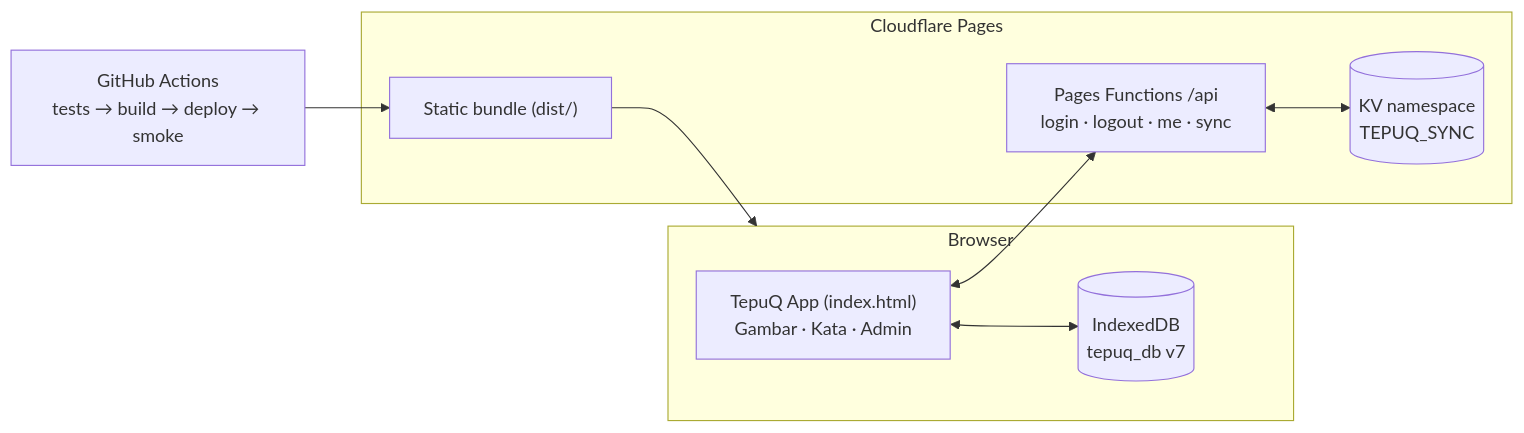
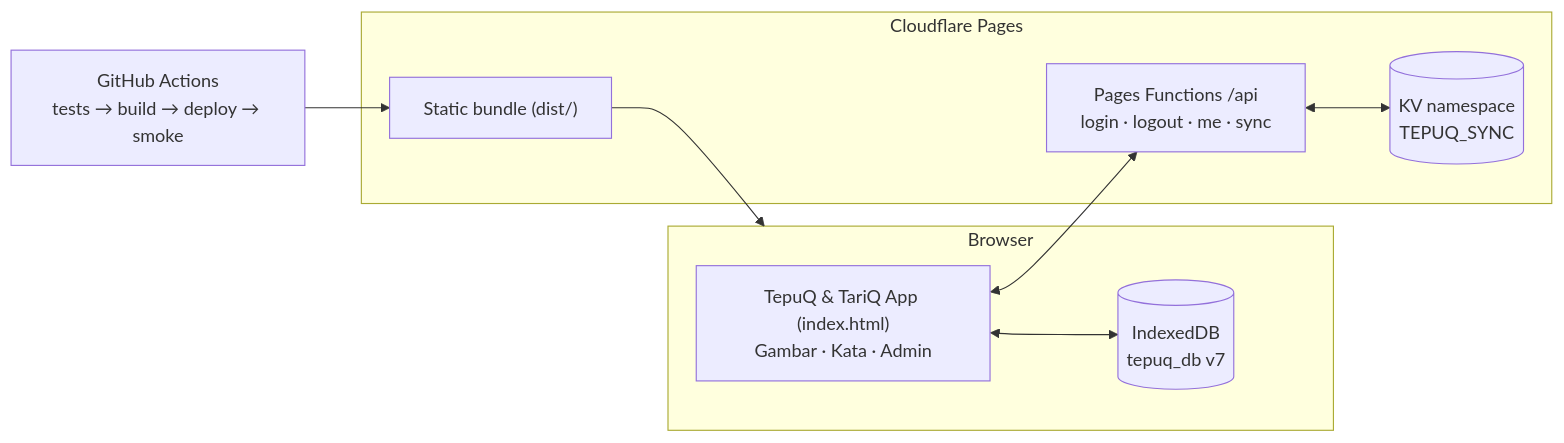
One commit to ahaqqu/TepuQ changed the first of 2 diagrams in docs/architecture.md. Above: the diagram before and after it, drawn with Mermaid. The commit also changed other lines of this file and 17 other files, not shown here.

First line of the commit message:
feat: rename game to TepuQ & TariQ and spelling game to TariQ Kata (#56)

````diff
--- a/docs/architecture.md
+++ b/docs/architecture.md
@@ -7,21 +7,21 @@
 ```mermaid
 flowchart LR
     subgraph B ["Browser"]
-        App["TepuQ App (index.html)<br/>Gambar · Kata · Admin"]
+        App["TepuQ & TariQ App (index.html)<br/>Gambar · Kata · Admin"]
         DB[(IndexedDB<br/>tepuq_db v7)]
     end
 
     subgraph C ["Cloudflare Pages"]
         Static["Static bundle (dist/)"]
         Fn["Pages Functions /api<br/>login · logout · me · sync"]
         KV[(KV namespace<br/>TEPUQ_SYNC)]
     end
 
     CI["GitHub Actions<br/>tests → build → deploy → smoke"]
 
     App <--> DB
     Static --> B
     App <--> Fn
     Fn <--> KV
     CI --> Static
 ```
````
